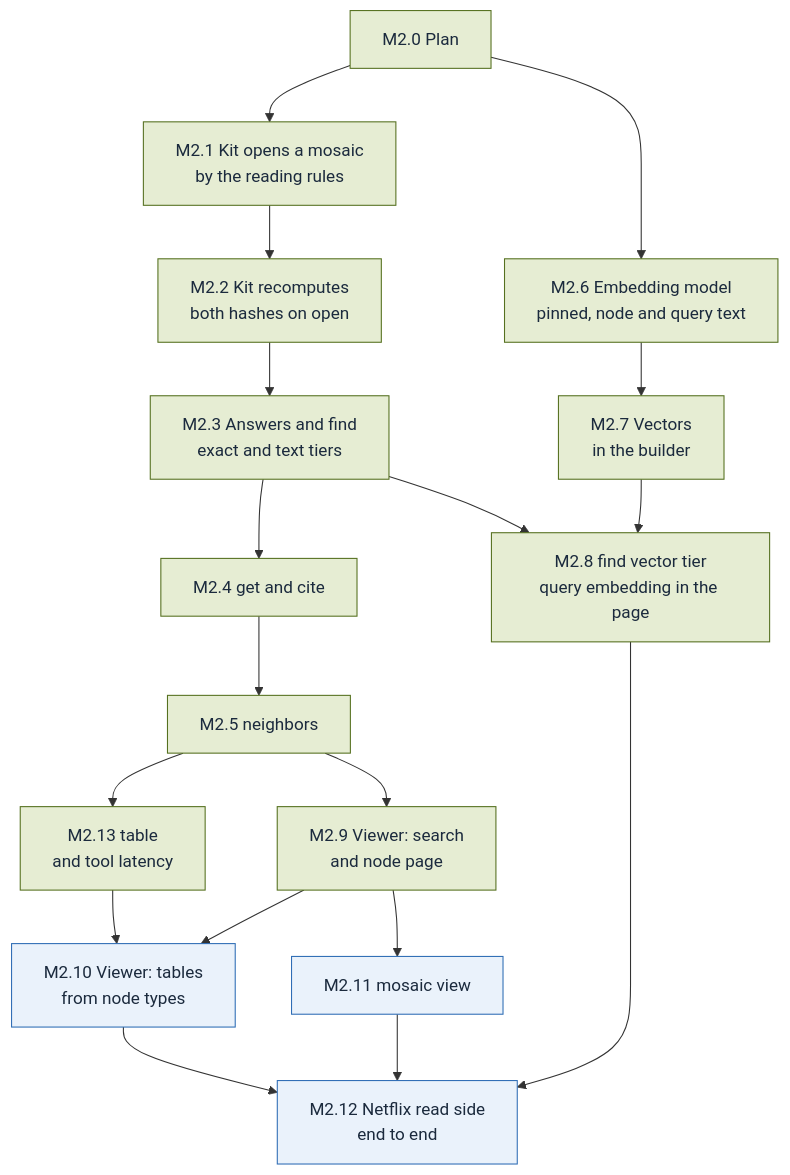
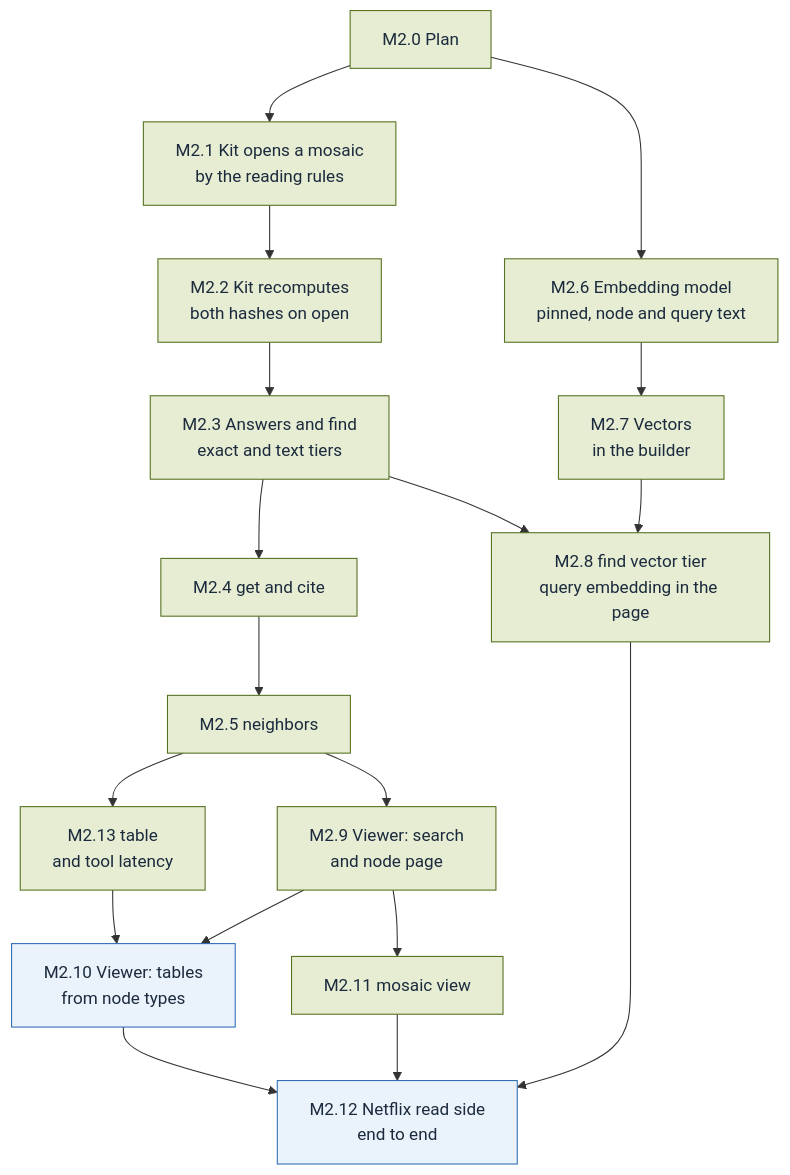
Before and after one commit to alcjor/Mosaic: the diagram in plan/M2.md, drawn with Mermaid. The commit also changed other lines of this file and 8 other files, not shown here.

````diff
--- a/plan/M2.md
+++ b/plan/M2.md
@@ -3,39 +3,39 @@
 ```mermaid
 flowchart TD
   M2_0["M2.0 Plan"]
   M2_1["M2.1 Kit opens a mosaic<br/>by the reading rules"]
   M2_2["M2.2 Kit recomputes<br/>both hashes on open"]
   M2_3["M2.3 Answers and find<br/>exact and text tiers"]
   M2_4["M2.4 get and cite"]
   M2_5["M2.5 neighbors"]
   M2_13["M2.13 table<br/>and tool latency"]
   M2_6["M2.6 Embedding model<br/>pinned, node and query text"]
   M2_7["M2.7 Vectors<br/>in the builder"]
   M2_8["M2.8 find vector tier<br/>query embedding in the page"]
   M2_9["M2.9 Viewer: search<br/>and node page"]
   M2_10["M2.10 Viewer: tables<br/>from node types"]
   M2_11["M2.11 mosaic view"]
   M2_12["M2.12 Netflix read side<br/>end to end"]
   M2_0 --> M2_1
   M2_1 --> M2_2
   M2_2 --> M2_3
   M2_3 --> M2_4
   M2_4 --> M2_5
   M2_5 --> M2_13
   M2_0 --> M2_6
   M2_6 --> M2_7
   M2_3 --> M2_8
   M2_7 --> M2_8
   M2_5 --> M2_9
   M2_9 --> M2_10
   M2_13 --> M2_10
   M2_9 --> M2_11
   M2_8 --> M2_12
   M2_10 --> M2_12
   M2_11 --> M2_12
   classDef done fill:#E6EDD3,stroke:#55701F,color:#1B2A3D
   classDef todo fill:#EAF2FB,stroke:#2F6DB5,color:#1B2A3D
   classDef parked fill:#FCEFCF,stroke:#F2B630,color:#1B2A3D
-  class M2_0,M2_1,M2_2,M2_3,M2_4,M2_5,M2_6,M2_7,M2_8,M2_9,M2_13 done
-  class M2_10,M2_11,M2_12 todo
+  class M2_0,M2_1,M2_2,M2_3,M2_4,M2_5,M2_6,M2_7,M2_8,M2_9,M2_11,M2_13 done
+  class M2_10,M2_12 todo
 ```
````
